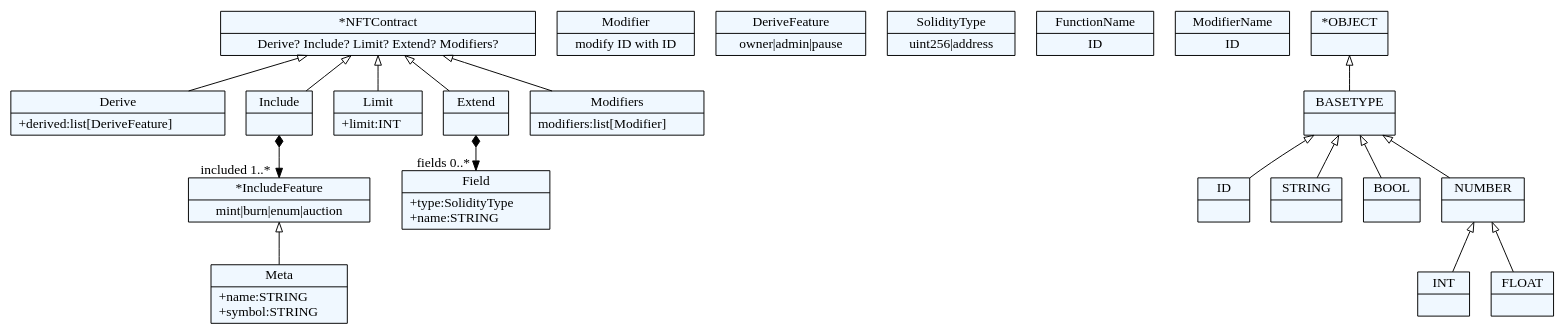
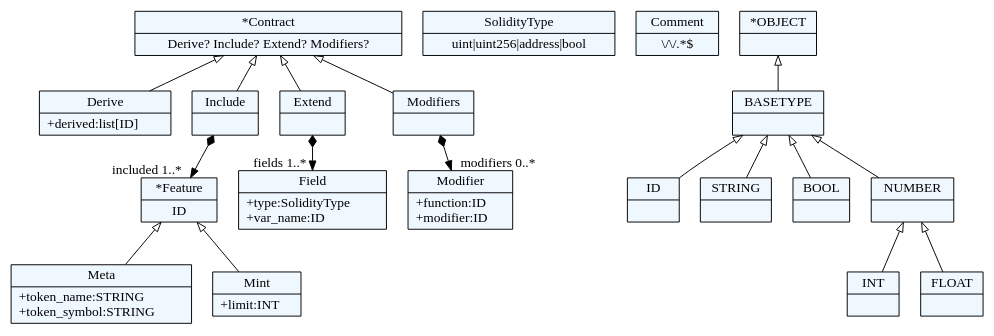
The diagram in dsl/grammar.tx.dot (DanChirtoaca/nfty), drawn with Graphviz before and after one commit. The commit also changed 7 other files, not shown here.

```diff
--- a/dsl/grammar.tx.dot
+++ b/dsl/grammar.tx.dot
@@ -1,74 +1,71 @@
 
     digraph xtext {
     fontname = "Bitstream Vera Sans"
     fontsize = 8
     node[
         shape=record,
         style=filled,
         fillcolor=aliceblue
     ]
     nodesep = 0.3
     edge[dir=black,arrowtail=empty]
 
 
-27156600[ label="{*NFTContract|Derive\? Include\? Limit\? Extend\? Modifiers\?}"]
-27156600 -> 27139992 [dir=back]
-27156600 -> 25123336 [dir=back]
-27156600 -> 25128280 [dir=back]
-27156600 -> 27403800 [dir=back]
-27156600 -> 27408744 [dir=back]
+18407992[ label="{*Contract|Derive\? Include\? Extend\? Modifiers\?}"]
+18407992 -> 18391384 [dir=back]
+18407992 -> 16374360 [dir=back]
+18407992 -> 16379304 [dir=back]
+18407992 -> 18652600 [dir=back]
 
-27139992[ label="{Derive|+derived:list[DeriveFeature]\l}"]
+18391384[ label="{Derive|+derived:list[ID]\l}"]
 
-25123336 -> 27145528[arrowtail=diamond, dir=both, headlabel="included 1..*"]
-25123336[ label="{Include|}"]
+16374360 -> 18655544[arrowtail=diamond, dir=both, headlabel="included 1..*"]
+16374360[ label="{Include|}"]
 
-25128280[ label="{Limit|+limit:INT\l}"]
+16379304 -> 18665432[arrowtail=diamond, dir=both, headlabel="fields 1..*"]
+16379304[ label="{Extend|}"]
 
-27403800 -> 27420808[arrowtail=diamond, dir=both, headlabel="fields 0..*"]
-27403800[ label="{Extend|}"]
+18652600 -> 18657544[arrowtail=diamond, dir=both, headlabel="modifiers 0..*"]
+18652600[ label="{Modifiers|}"]
 
-27408744[ label="{Modifiers|modifiers:list[Modifier]\l}"]
+18657544[ label="{Modifier|+function:ID\l+modifier:ID\l}"]
 
-27413688[ label="{Modifier|modify ID with ID}"]
+18655544[ label="{*Feature|ID}"]
+18655544 -> 16373304 [dir=back]
+18655544 -> 16372360 [dir=back]
 
-27401800[ label="{DeriveFeature|owner\|admin\|pause}"]
+16372360[ label="{Mint|+limit:INT\l}"]
 
-27145528[ label="{*IncludeFeature|mint\|burn\|enum\|auction}"]
-27145528 -> 25122280 [dir=back]
+16373304[ label="{Meta|+token_name:STRING\l+token_symbol:STRING\l}"]
 
-25122280[ label="{Meta|+name:STRING\l+symbol:STRING\l}"]
+18665432[ label="{Field|+type:SolidityType\l+var_name:ID\l}"]
 
-27420808[ label="{Field|+type:SolidityType\l+name:STRING\l}"]
+18671496[ label="{SolidityType|uint\|uint256\|address\|bool}"]
 
-27425752[ label="{SolidityType|uint256\|address}"]
+18676440[ label="{Comment|\\/\\/.*$}"]
 
-27430696[ label="{FunctionName|ID}"]
+18388440[ label="{ID|}"]
 
-27435640[ label="{ModifierName|ID}"]
+18393384[ label="{STRING|}"]
 
-27137048[ label="{ID|}"]
+18398920[ label="{BOOL|}"]
 
-27141992[ label="{STRING|}"]
+18404456[ label="{INT|}"]
 
-27147528[ label="{BOOL|}"]
+18409992[ label="{FLOAT|}"]
 
-27153064[ label="{INT|}"]
+18415528[ label="{NUMBER|}"]
+18415528 -> 18409992 [dir=back]
+18415528 -> 18404456 [dir=back]
 
-27158600[ label="{FLOAT|}"]
+18421064[ label="{BASETYPE|}"]
+18421064 -> 18415528 [dir=back]
+18421064 -> 18398920 [dir=back]
+18421064 -> 18388440 [dir=back]
+18421064 -> 18393384 [dir=back]
 
-27164136[ label="{NUMBER|}"]
-27164136 -> 27158600 [dir=back]
-27164136 -> 27153064 [dir=back]
-
-27169672[ label="{BASETYPE|}"]
-27169672 -> 27164136 [dir=back]
-27169672 -> 27147528 [dir=back]
-27169672 -> 27137048 [dir=back]
-27169672 -> 27141992 [dir=back]
-
-27175800[ label="{*OBJECT|}"]
-27175800 -> 27169672 [dir=back]
+18427192[ label="{*OBJECT|}"]
+18427192 -> 18421064 [dir=back]
 
 
 }
```
